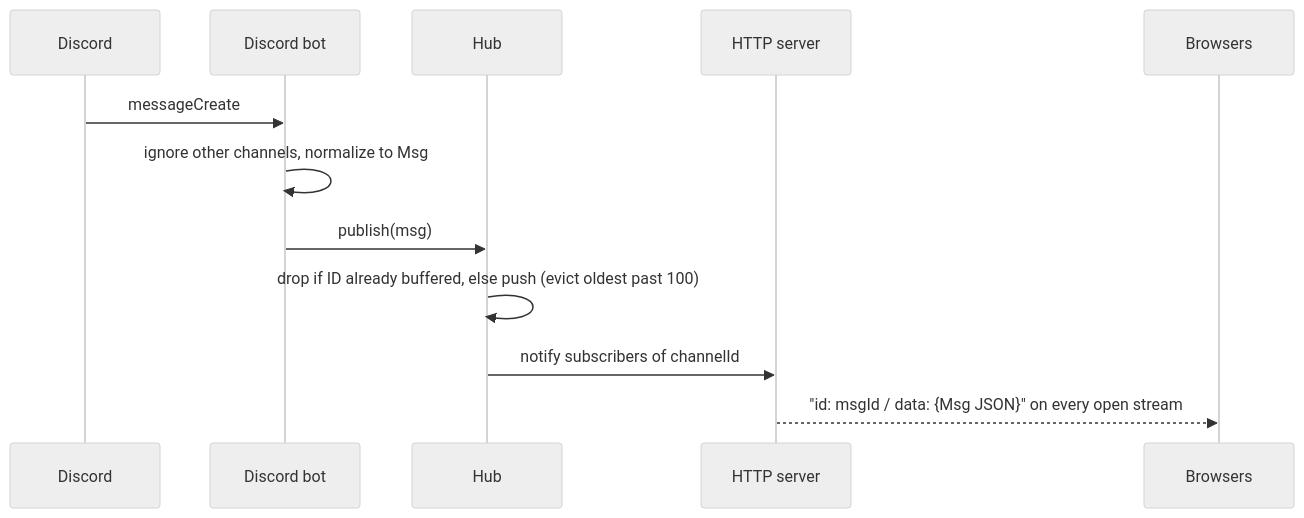
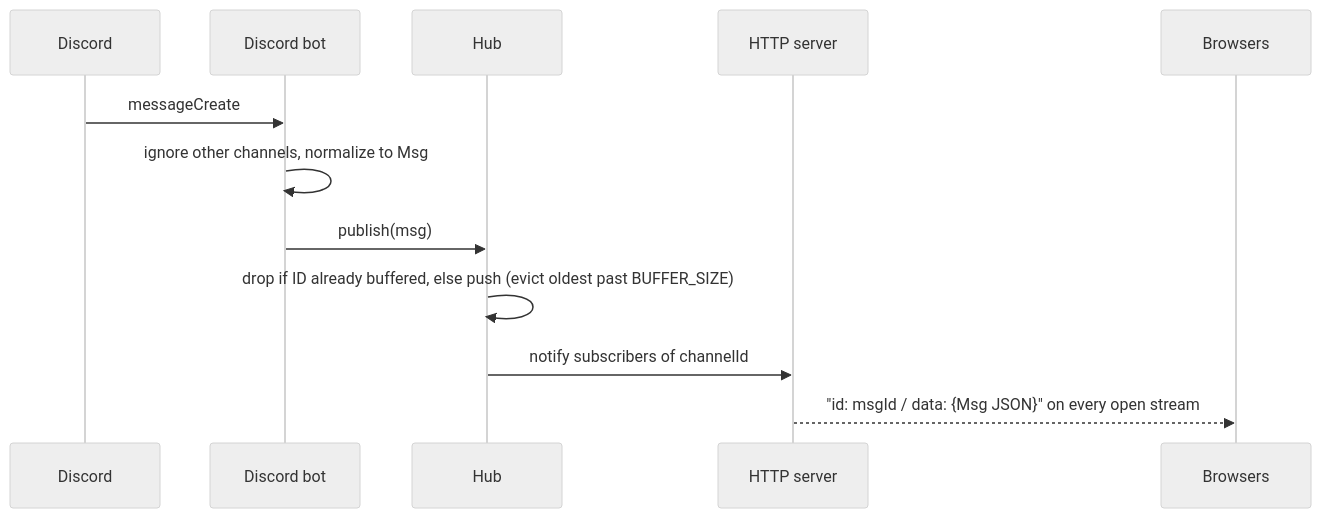
One commit to AmitKulkarni23/discord-relay changed the third of 5 diagrams in docs/system-specs/architecture.md. Above: the diagram before and after it, drawn with Mermaid (neutral theme). The commit also changed other lines of this file and 3 other files, not shown here.

Commit message:
Replace the hard-coded buffer size of 100 in the system specs with BUFFER_SIZE, and say CLAUDE.md relays one or more channels.

````diff
--- a/docs/system-specs/architecture.md
+++ b/docs/system-specs/architecture.md
@@ -67,14 +67,14 @@
 ```mermaid
 sequenceDiagram
   participant D as Discord
   participant B as Discord bot
   participant H as Hub
   participant S as HTTP server
   participant W as Browsers
   D->>B: messageCreate
   B->>B: ignore other channels, normalize to Msg
   B->>H: publish(msg)
-  H->>H: drop if ID already buffered, else push (evict oldest past 100)
+  H->>H: drop if ID already buffered, else push (evict oldest past BUFFER_SIZE)
   H->>S: notify subscribers of channelId
   S-->>W: "id: msgId / data: {Msg JSON}" on every open stream
 ```
````
